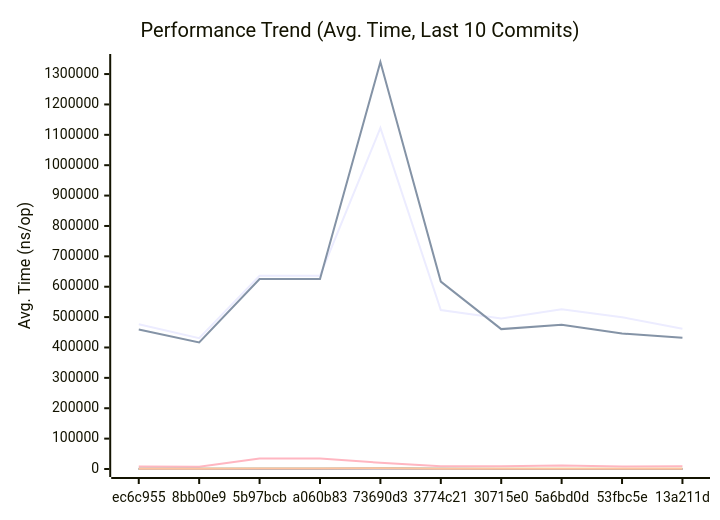
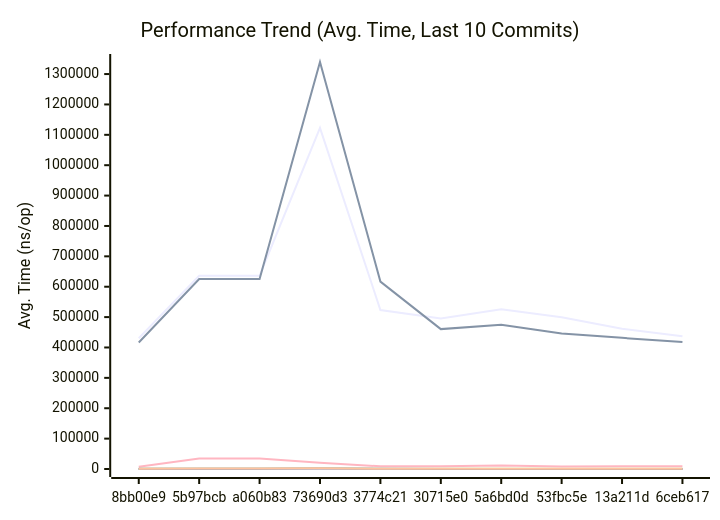
Before and after one commit to alsotoes/momo: the first of 3 diagrams in docs/PERFORMANCE.md, drawn with Mermaid. The commit also changed other lines of this file and 2 other files, not shown here.

````diff
--- a/docs/PERFORMANCE.md
+++ b/docs/PERFORMANCE.md
@@ -145,20 +145,20 @@
 ```mermaid
 xychart-beta
     title "Performance Trend (Avg. Time, Last 10 Commits)"
     x-axis "Commit"
     y-axis "Avg. Time (ns/op)"
-    x-axis [ec6c955,8bb00e9,5b97bcb,a060b83,73690d3,3774c21,30715e0,5a6bd0d,53fbc5e,13a211d]
-    line "AWSChunkedReaderSigned" [476394,430367,636323,636323,1122523,523462,495636,526187,499710,461886]
-    line "AWSChunkedReaderUnsigned" [459420,416513,625607,625607,1339704,616920,460494,474985,445923,431657]
-    line "CheckMetricsAndSwap" [8,8,19,19,26,13,11,9,10,9]
-    line "CrushOptimized" [348,309,680,680,668,404,465,338,334,350]
-    line "CrushOriginal" [547,422,752,752,1263,789,466,508,437,504]
-    line "IndexDirectTracking" [0,0,0,0,1,1,0,0,0,0]
-    line "IndexSearch" [3,3,3,3,4,2,3,3,3,3]
-    line "LoadGlobalConfig" [8057,7072,34747,34747,20485,8970,9224,11173,8541,8919]
-    line "PadString" [48,39,128,128,128,43,48,49,42,41]
+    x-axis [8bb00e9,5b97bcb,a060b83,73690d3,3774c21,30715e0,5a6bd0d,53fbc5e,13a211d,6ceb617]
+    line "AWSChunkedReaderSigned" [430367,636323,636323,1122523,523462,495636,526187,499710,461886,437350]
+    line "AWSChunkedReaderUnsigned" [416513,625607,625607,1339704,616920,460494,474985,445923,431657,418289]
+    line "CheckMetricsAndSwap" [8,19,19,26,13,11,9,10,9,8]
+    line "CrushOptimized" [309,680,680,668,404,465,338,334,350,344]
+    line "CrushOriginal" [422,752,752,1263,789,466,508,437,504,419]
+    line "IndexDirectTracking" [0,0,0,1,1,0,0,0,0,0]
+    line "IndexSearch" [3,3,3,4,2,3,3,3,3,3]
+    line "LoadGlobalConfig" [7072,34747,34747,20485,8970,9224,11173,8541,8919,8720]
+    line "PadString" [39,128,128,128,43,48,49,42,41,39]
     line "ParseReplicationOrder_NoPrealloc" [350,349,357,354,345,225,229,165,232,234]
     line "ParseReplicationOrder_Prealloc" [229,231,237,234,229,108,107,80,110,109]
-    line "SanitizeLog/Safe" [506,417,827,827,1308,563,313,284,240,213]
-    line "SanitizeLog/Unsafe" [548,504,1598,1598,2365,598,812,896,723,708]
+    line "SanitizeLog/Safe" [417,827,827,1308,563,313,284,240,213,224]
+    line "SanitizeLog/Unsafe" [504,1598,1598,2365,598,812,896,723,708,682]
 ```
````
